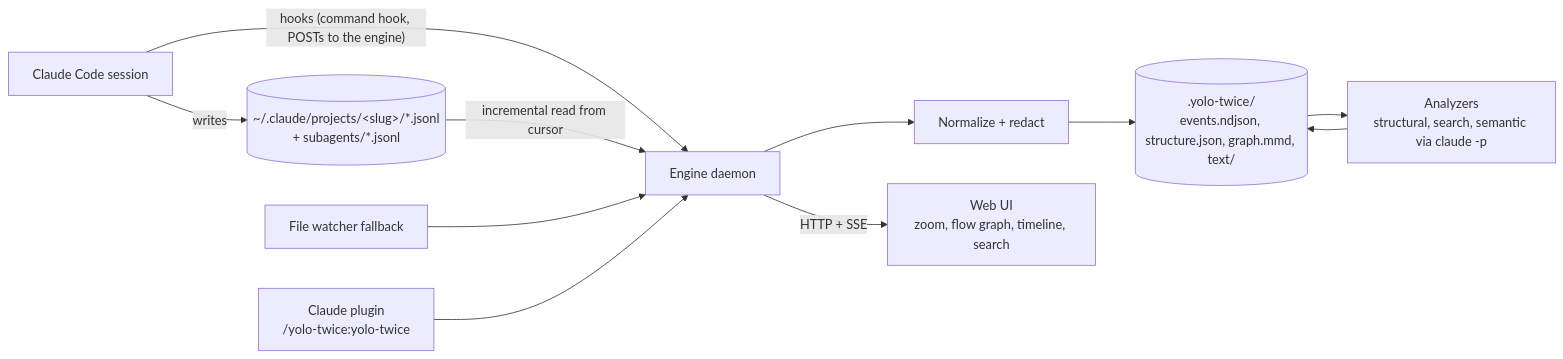
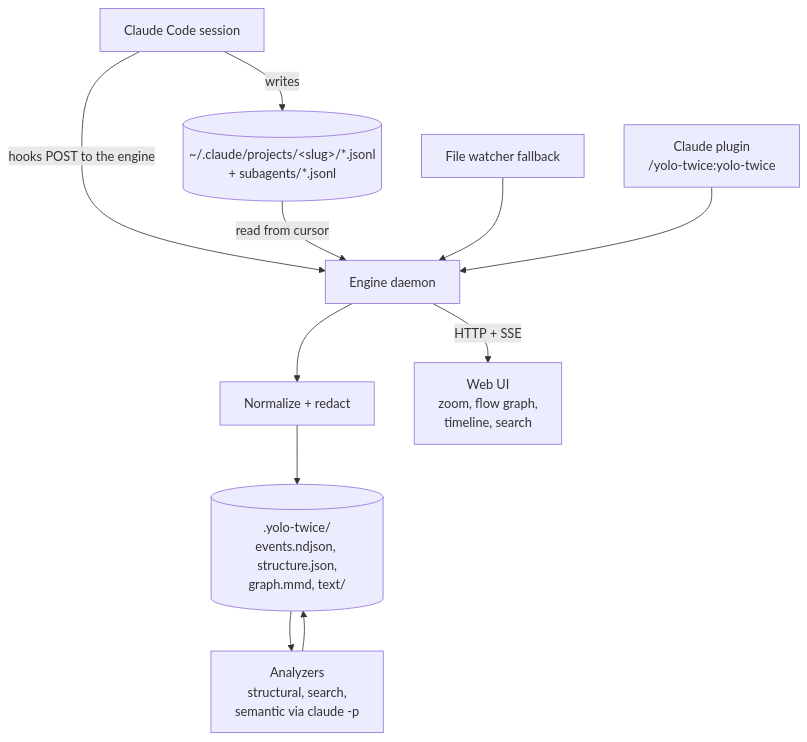
One commit to bar9/yolo-twice changed the first of 3 diagrams in code/site/how-it-works.md. Above: the diagram before and after it, drawn with Mermaid. The commit also changed other lines of this file and 18 other files, not shown here.

First line of the commit message:
Site and pitch: plain high-contrast diagrams, "mode" instead of "detent"

````diff
--- a/code/site/how-it-works.md
+++ b/code/site/how-it-works.md
@@ -8,13 +8,13 @@
 ```mermaid
-flowchart LR
-  CC[Claude Code session] -- "hooks (command hook, POSTs to the engine)" --> ENG
+flowchart TB
+  CC[Claude Code session] -- "hooks POST to the engine" --> ENG
   CC -- writes --> JSONL[(~/.claude/projects/&lt;slug&gt;/*.jsonl<br/>+ subagents/*.jsonl)]
-  JSONL -- "incremental read from cursor" --> ENG[Engine daemon]
+  JSONL -- "read from cursor" --> ENG[Engine daemon]
   WATCH[File watcher fallback] --> ENG
+  PLUGIN[Claude plugin<br/>/yolo-twice:yolo-twice] --> ENG
   ENG --> NORM[Normalize + redact]
-  NORM --> STORE[(.yolo-twice/<br/>events.ndjson, structure.json, graph.mmd, text/)]
-  STORE --> AN[Analyzers<br/>structural, search, semantic via claude -p]
+  NORM --> STORE[(.yolo-twice/<br/>events.ndjson, structure.json,<br/>graph.mmd, text/)]
+  STORE --> AN[Analyzers<br/>structural, search,<br/>semantic via claude -p]
   AN --> STORE
-  ENG -- "HTTP + SSE" --> UI[Web UI<br/>zoom, flow graph, timeline, search]
-  PLUGIN[Claude plugin<br/>/yolo-twice:yolo-twice] --> ENG
+  ENG -- "HTTP + SSE" --> UI[Web UI<br/>zoom, flow graph,<br/>timeline, search]
 ```
````
